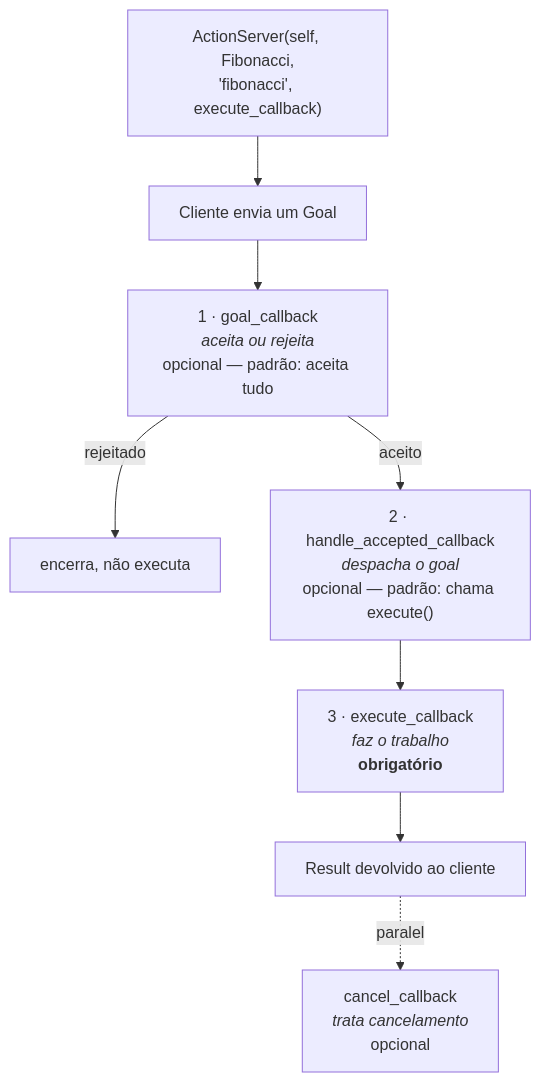
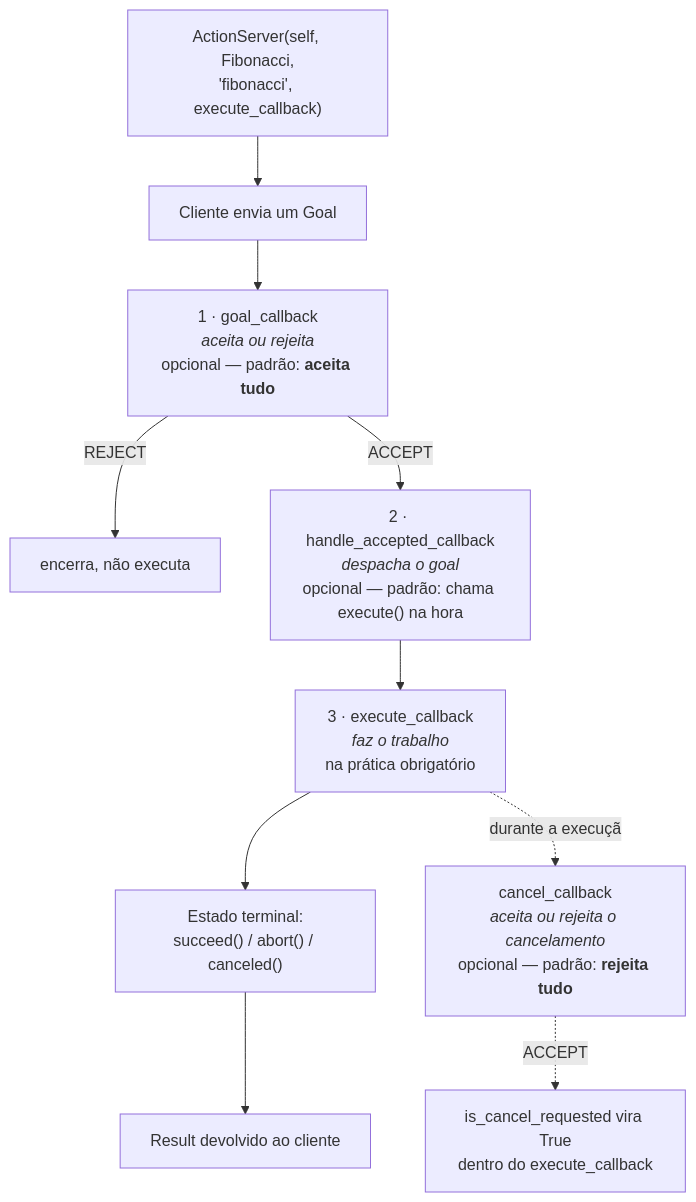
Before and after one commit to jmetrimiranda/robotics_tutorials: the second of 2 diagrams in docs/03-robotica-aplicada/01-ros2/04-actions.md, drawn with Mermaid. The commit also changed other lines of this file, not shown here.

````diff
--- a/docs/03-robotica-aplicada/01-ros2/04-actions.md
+++ b/docs/03-robotica-aplicada/01-ros2/04-actions.md
@@ -149,10 +241,12 @@
 ```mermaid
 flowchart TD
     A["ActionServer(self, Fibonacci,<br>'fibonacci', execute_callback)"] --> B[Cliente envia um Goal]
-    B --> C["1 · goal_callback<br><i>aceita ou rejeita</i><br>opcional — padrão: aceita tudo"]
-    C -->|rejeitado| X[encerra, não executa]
-    C -->|aceito| D["2 · handle_accepted_callback<br><i>despacha o goal</i><br>opcional — padrão: chama execute()"]
-    D --> E["3 · execute_callback<br><i>faz o trabalho</i><br><b>obrigatório</b>"]
-    E --> F[Result devolvido ao cliente]
-    F -.paralelo.-> G["cancel_callback<br><i>trata cancelamento</i><br>opcional"]
+    B --> C["1 · goal_callback<br><i>aceita ou rejeita</i><br>opcional — padrão: <b>aceita tudo</b>"]
+    C -->|REJECT| X[encerra, não executa]
+    C -->|ACCEPT| D["2 · handle_accepted_callback<br><i>despacha o goal</i><br>opcional — padrão: chama execute() na hora"]
+    D --> E["3 · execute_callback<br><i>faz o trabalho</i><br>na prática obrigatório"]
+    E --> F["Estado terminal:<br>succeed() / abort() / canceled()"]
+    F --> G[Result devolvido ao cliente]
+    E -.durante a execução.-> H["cancel_callback<br><i>aceita ou rejeita o cancelamento</i><br>opcional — padrão: <b>rejeita tudo</b>"]
+    H -.ACCEPT.-> I["is_cancel_requested vira True<br>dentro do execute_callback"]
 ```
````
